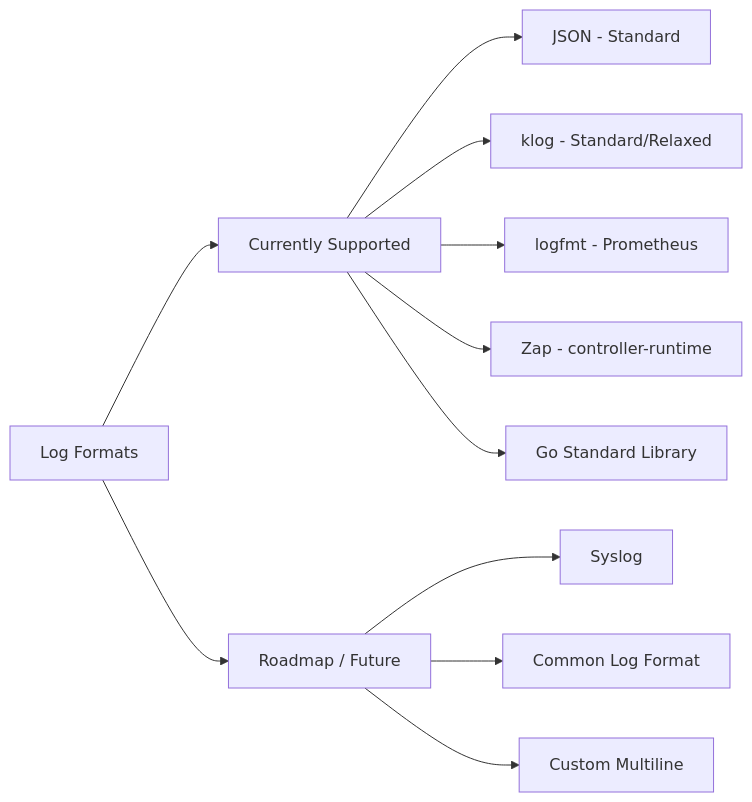
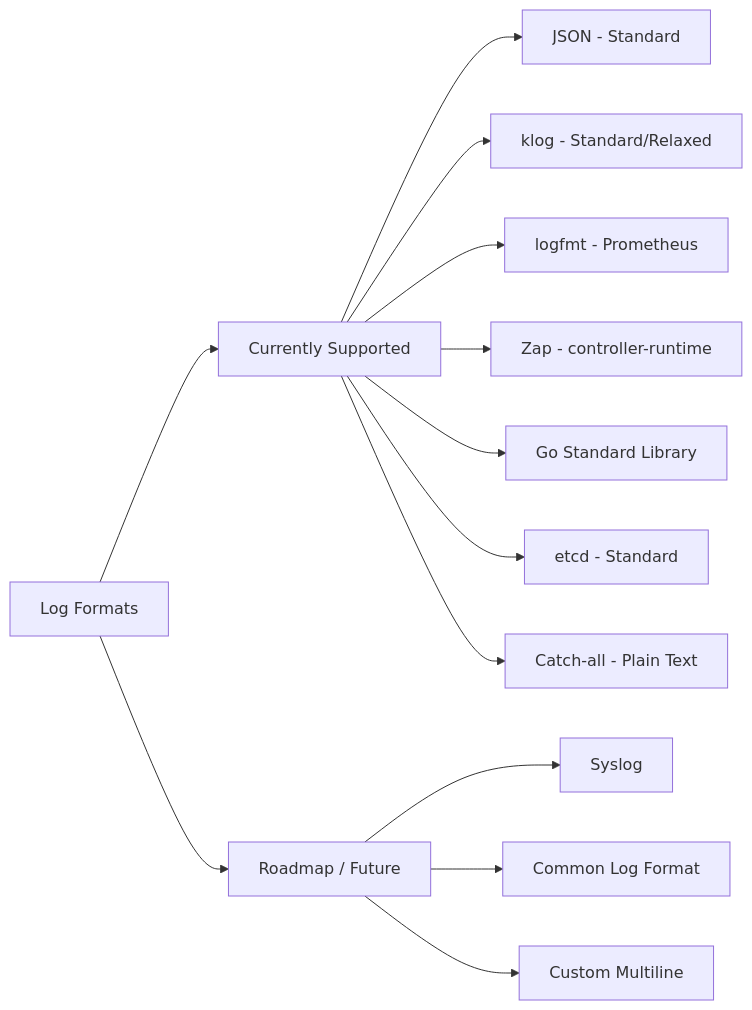
One commit to AyushGupta1-2-3/apigee-hybrid-custom-logger changed the second of 2 diagrams in README.md. Above: the diagram before and after it, drawn with Mermaid. The commit also changed other lines of this file and 1 other file, not shown here.

Commit message:
feat: implement etcd and catch-all parsers, improve k8s_app fallback

````diff
--- a/README.md
+++ b/README.md
@@ -63,15 +63,17 @@
 ```mermaid
 graph LR
     F[Log Formats] --> S[Currently Supported]
     F --> R[Roadmap / Future]
     
     S --> J[JSON - Standard]
     S --> K[klog - Standard/Relaxed]
     S --> L[logfmt - Prometheus]
     S --> Z[Zap - controller-runtime]
     S --> G[Go Standard Library]
+    S --> E[etcd - Standard]
+    S --> C[Catch-all - Plain Text]
     
     R --> SY[Syslog]
     R --> CL[Common Log Format]
     R --> ML[Custom Multiline]
 ```
````
